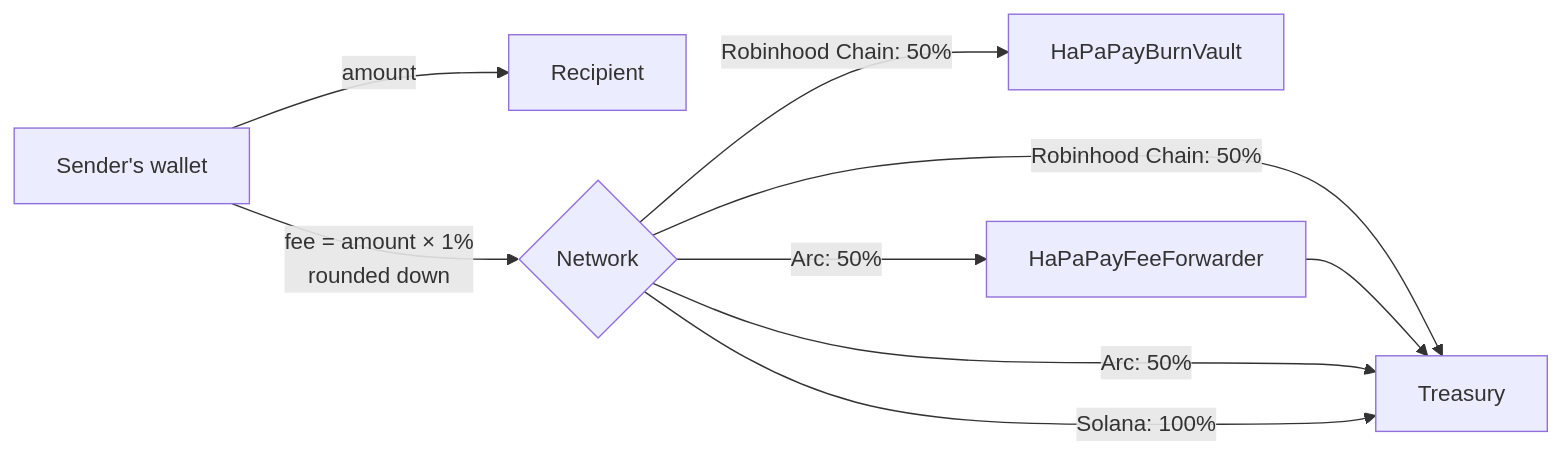
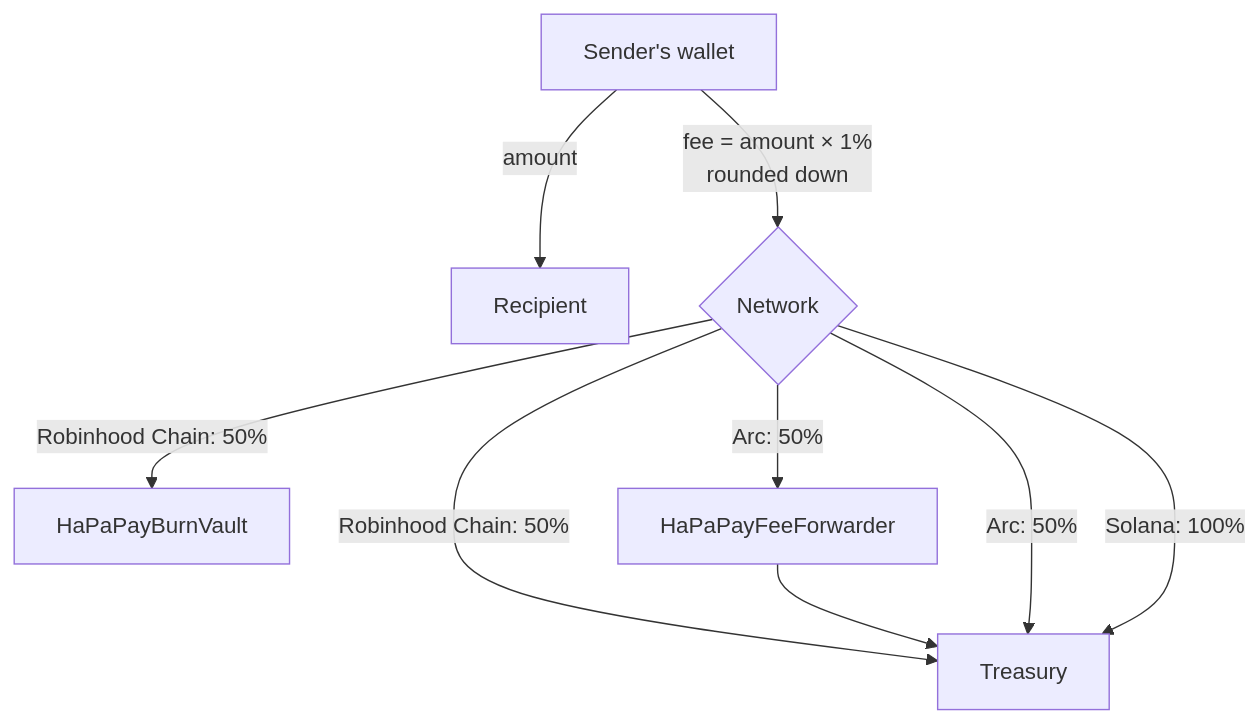
Before and after one commit to furkan3152/HaPaPay: the first of 2 diagrams in docs/protocol.md, drawn with Mermaid. The commit also changed 16 other files, not shown here.

````diff
--- a/docs/protocol.md
+++ b/docs/protocol.md
@@ -21,10 +21,10 @@
 ```mermaid
-flowchart LR
+flowchart TD
     W["Sender's wallet"] -- "amount" --> R["Recipient"]
     W -- "fee = amount × 1%<br/>rounded down" --> Split{"Network"}
     Split -- "Robinhood Chain: 50%" --> BV["HaPaPayBurnVault"]
     Split -- "Robinhood Chain: 50%" --> T["Treasury"]
     Split -- "Arc: 50%" --> FF["HaPaPayFeeForwarder"] --> T
     Split -- "Arc: 50%" --> T
     Split -- "Solana: 100%" --> T
 ```
````
